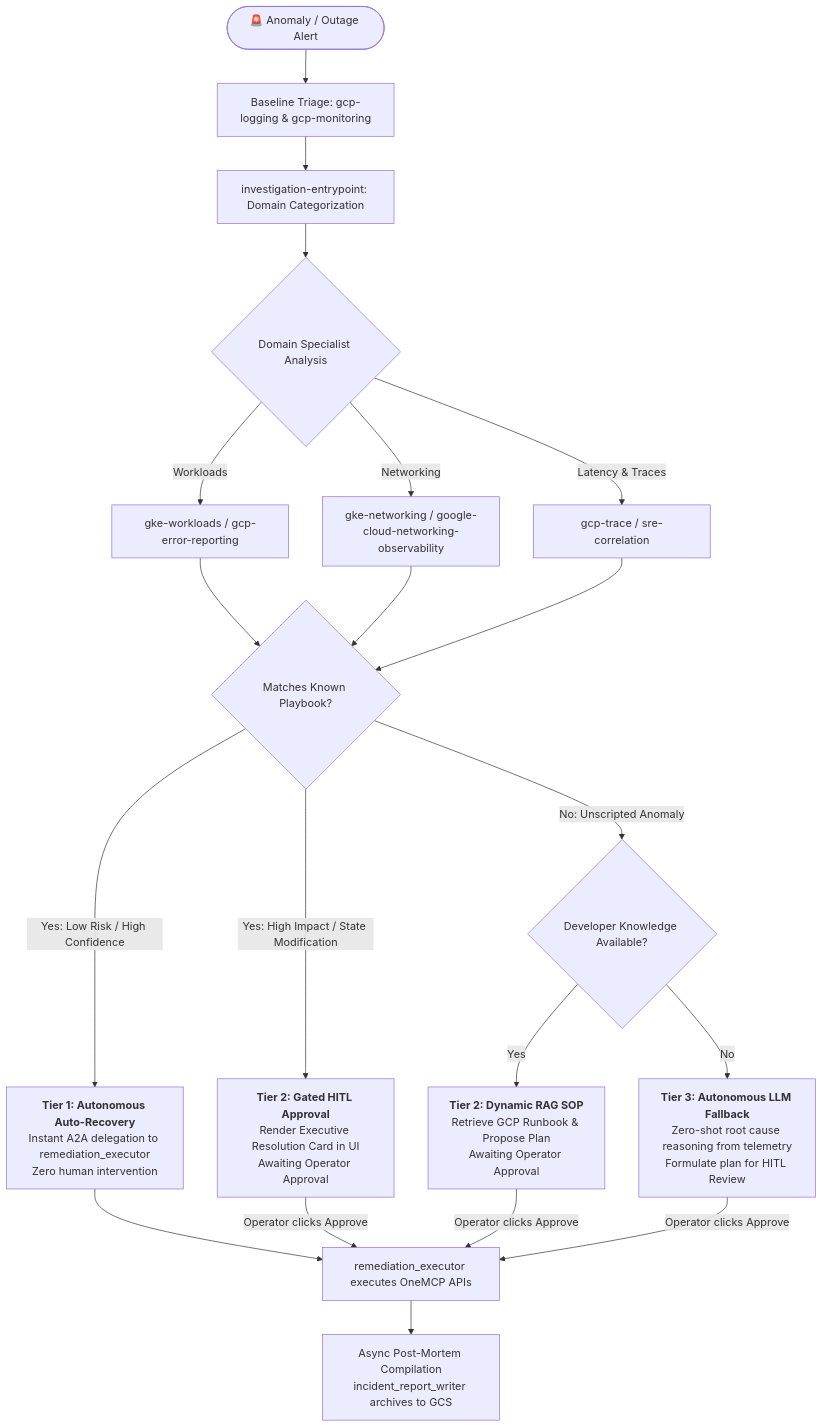
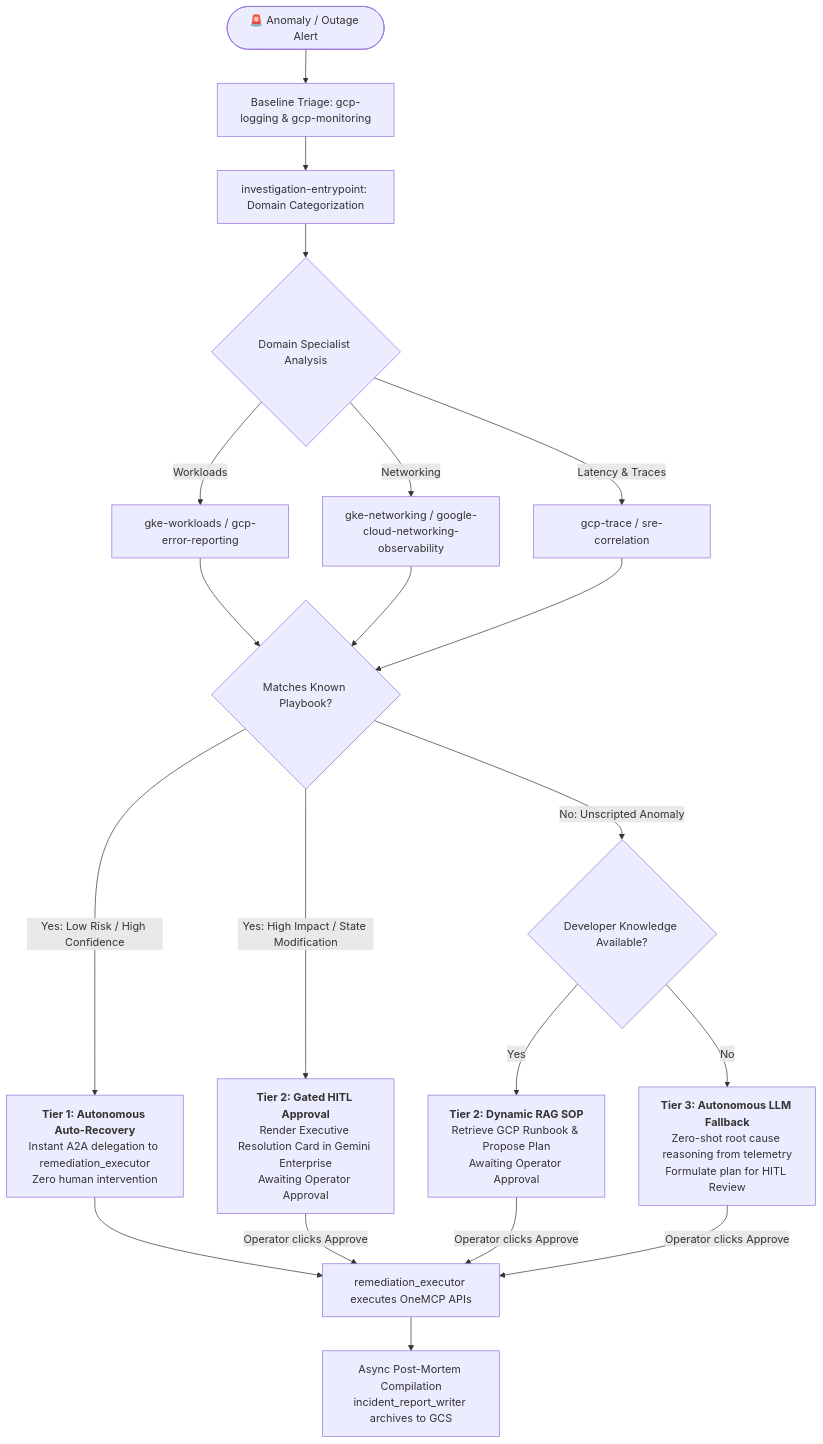
Before and after one commit to williamsmt/sre-agent: the second of 2 diagrams in README.md, drawn with Mermaid. The commit also changed other lines of this file and 2 other files, not shown here.

````diff
--- a/README.md
+++ b/README.md
@@ -142,26 +137,26 @@
 ```mermaid
 flowchart TD
     Alert([🚨 Anomaly / Outage Alert]) --> Baseline[Baseline Triage: gcp-logging & gcp-monitoring]
     Baseline --> Entrypoint[investigation-entrypoint: Domain Categorization]
     
     Entrypoint --> DomainCheck{Domain Specialist Analysis}
     DomainCheck -->|Workloads| WorkloadDiag[gke-workloads / gcp-error-reporting]
     DomainCheck -->|Networking| NetDiag[gke-networking / google-cloud-networking-observability]
     DomainCheck -->|Latency & Traces| TraceDiag[gcp-trace / sre-correlation]
     
     WorkloadDiag & NetDiag & TraceDiag --> PlaybookCheck{Matches Known Playbook?}
     
     PlaybookCheck -->|Yes: Low Risk / High Confidence| Tier1[<b>Tier 1: Autonomous Auto-Recovery</b><br/>Instant A2A delegation to remediation_executor<br/>Zero human intervention]
-    PlaybookCheck -->|Yes: High Impact / State Modification| Tier2[<b>Tier 2: Gated HITL Approval</b><br/>Render Executive Resolution Card in UI<br/>Awaiting Operator Approval]
+    PlaybookCheck -->|Yes: High Impact / State Modification| Tier2[<b>Tier 2: Gated HITL Approval</b><br/>Render Executive Resolution Card in Gemini Enterprise<br/>Awaiting Operator Approval]
     
     PlaybookCheck -->|No: Unscripted Anomaly| RAGCheck{Developer Knowledge Available?}
     RAGCheck -->|Yes| Tier2RAG[<b>Tier 2: Dynamic RAG SOP</b><br/>Retrieve GCP Runbook & Propose Plan<br/>Awaiting Operator Approval]
     RAGCheck -->|No| Tier3[<b>Tier 3: Autonomous LLM Fallback</b><br/>Zero-shot root cause reasoning from telemetry<br/>Formulate plan for HITL Review]
     
     Tier1 --> RemExec[remediation_executor executes OneMCP APIs]
     Tier2 -->|Operator clicks Approve| RemExec
     Tier2RAG -->|Operator clicks Approve| RemExec
     Tier3 -->|Operator clicks Approve| RemExec
     
     RemExec --> PostMortem[Async Post-Mortem Compilation<br/>incident_report_writer archives to GCS]
 ```
````
